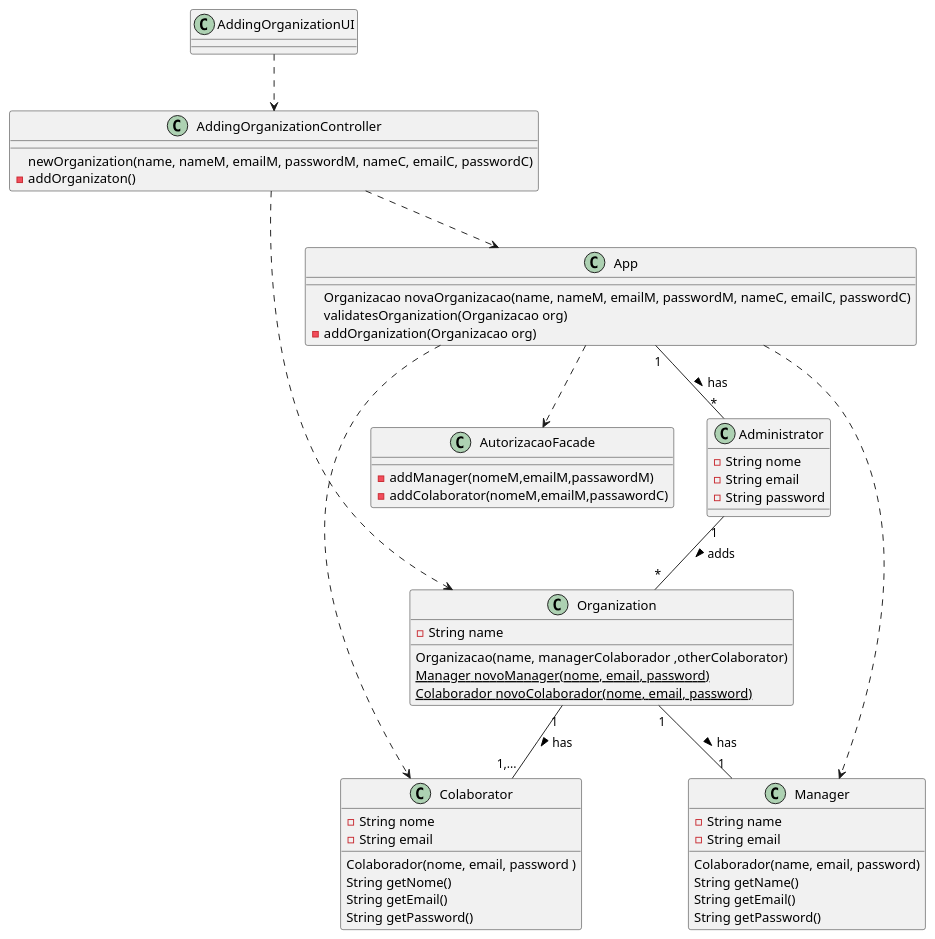
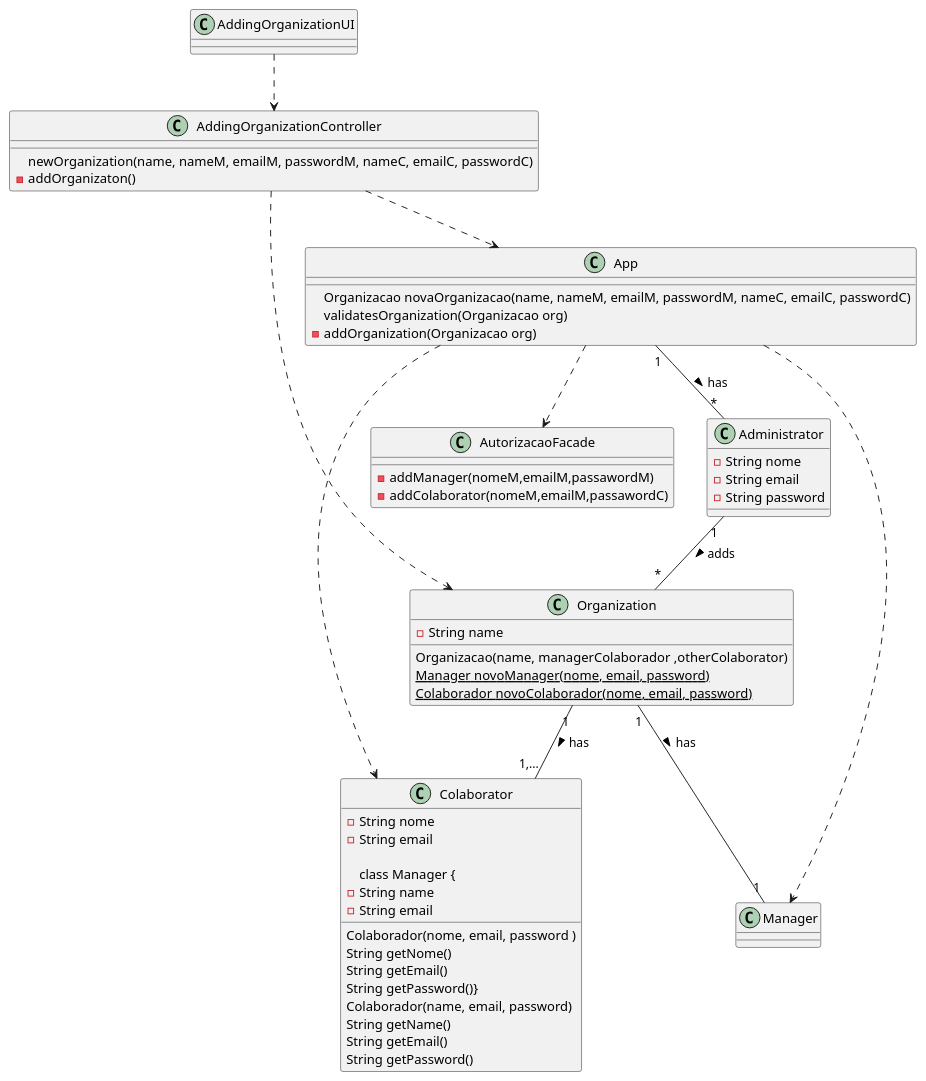
One commit to botelho-io/lapr2-2020-g029 changed the diagram in docs/UC_08/UC08_CD.puml. Above: the diagram before and after it, drawn with PlantUML.

Commit message:
UC08 updated

```diff
--- a/docs/UC_08/UC08_CD.puml
+++ b/docs/UC_08/UC08_CD.puml
@@ -1,65 +1,64 @@
 @startuml
 
 class Colaborator {
   -String nome
   -String email
   Colaborador(nome, email, password )
   String getNome()
   String getEmail()
-  String getPassword()
-}
+  String getPassword()}
 
 class Manager {
   -String name
   -String email
   Colaborador(name, email, password)
   String getName()
   String getEmail()
   String getPassword()
 }
 
 class Administrator {
 - String nome
 - String email
 - String password
 }
 
 class Organization {
   -String name
   Organizacao(name, managerColaborador ,otherColaborator)
   {static} Manager novoManager(nome, email, password)
   {static} Colaborador novoColaborador(nome, email, password)
 }
 
 class App {
   
   Organizacao novaOrganizacao(name, nameM, emailM, passwordM, nameC, emailC, passwordC)
   validatesOrganization(Organizacao org)
   - addOrganization(Organizacao org) 
 }
 
 class AutorizacaoFacade {
    - addManager(nomeM,emailM,passawordM)
    - addColaborator(nomeM,emailM,passawordC)
 }
 
 class AddingOrganizationController {
     newOrganization(name, nameM, emailM, passwordM, nameC, emailC, passwordC)
    - addOrganizaton()
 }
 
 class AddingOrganizationUI {
 }
 
 AddingOrganizationUI ..> AddingOrganizationController
 AddingOrganizationController ..> App
 AddingOrganizationController ..> Organization
 App ..> Colaborator
 App ..> Manager
 App ..> AutorizacaoFacade
 Organization                 "1" -- "1,..."  Colaborator    : has >
 Organization                 "1" -- "1"      Manager        : has >
 Administrator                "1" -- "*"      Organization   : adds >
 App                          "1" -- "*"      Administrator  : has >
 
 @enduml
```
